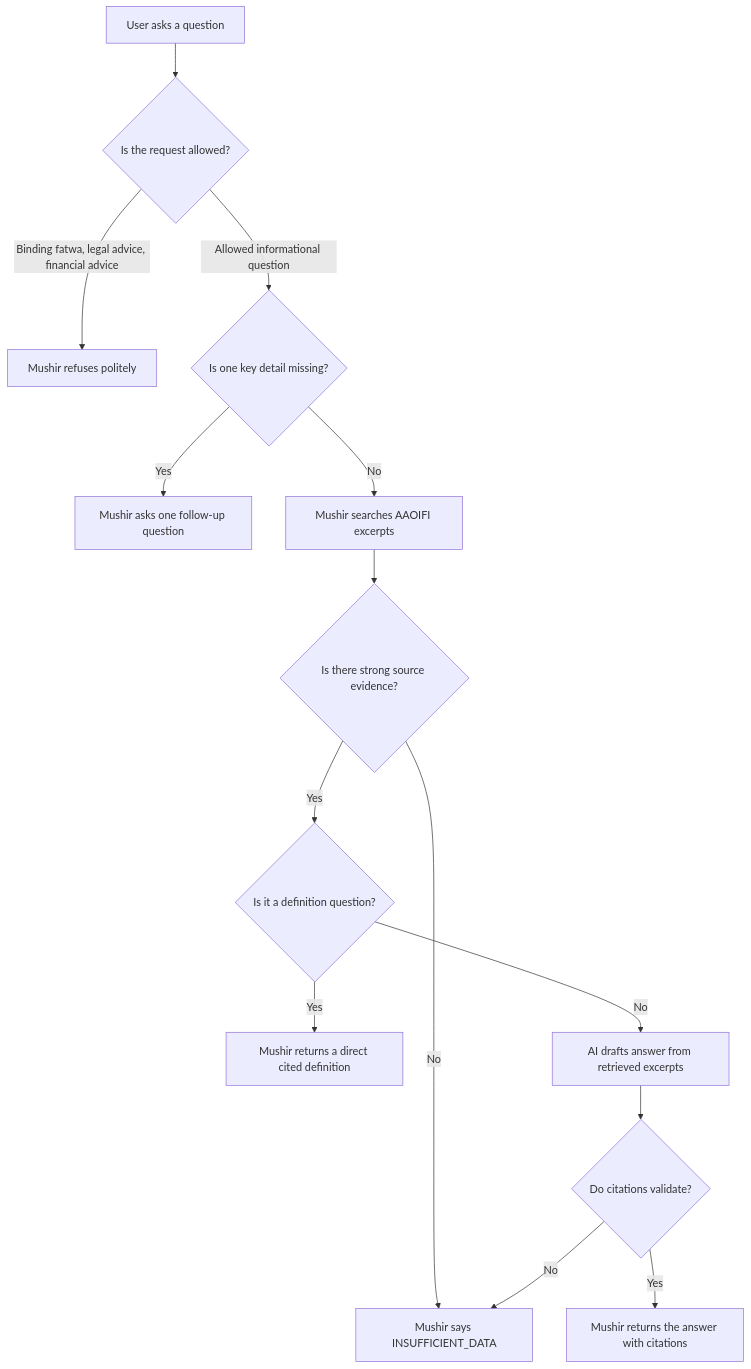
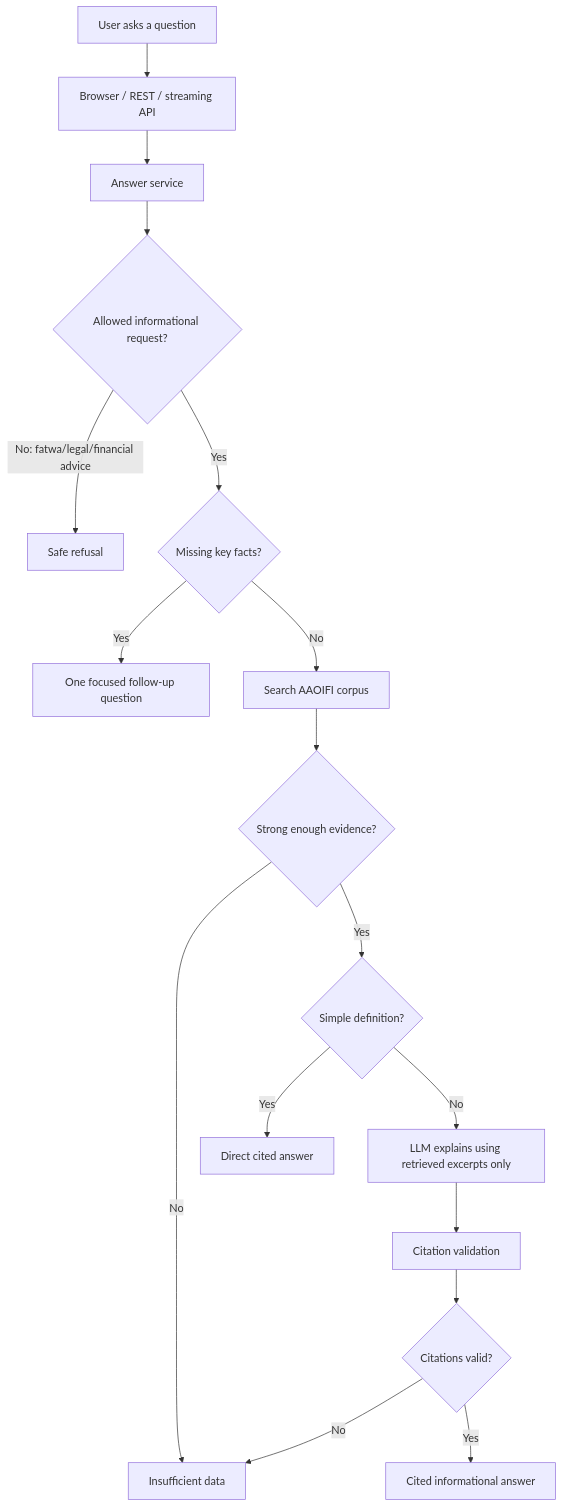
Before and after one commit to AhmedTElKodsh/Mushir-Sharia-Bot: the first of 4 diagrams in docs/client-plain-language-logic.md, drawn with Mermaid. The commit also changed other lines of this file and 26 other files, not shown here.

````diff
--- a/docs/client-plain-language-logic.md
+++ b/docs/client-plain-language-logic.md
@@ -26,16 +64,19 @@
 ```mermaid
 flowchart TD
-    A["User asks a question"] --> B{"Is the request allowed?"}
-    B -- "Binding fatwa, legal advice, financial advice" --> C["Mushir refuses politely"]
-    B -- "Allowed informational question" --> D{"Is one key detail missing?"}
-    D -- "Yes" --> E["Mushir asks one follow-up question"]
-    D -- "No" --> F["Mushir searches AAOIFI excerpts"]
-    F --> G{"Is there strong source evidence?"}
-    G -- "No" --> H["Mushir says INSUFFICIENT_DATA"]
-    G -- "Yes" --> I{"Is it a definition question?"}
-    I -- "Yes" --> J["Mushir returns a direct cited definition"]
-    I -- "No" --> K["AI drafts answer from retrieved excerpts"]
-    K --> L{"Do citations validate?"}
-    L -- "Yes" --> M["Mushir returns the answer with citations"]
-    L -- "No" --> H
+    User["User asks a question"] --> API["Browser / REST / streaming API"]
+    API --> Service["Answer service"]
+    Service --> Scope{"Allowed informational request?"}
+    Scope -- "No: fatwa/legal/financial advice" --> Refusal["Safe refusal"]
+    Scope -- "Yes" --> Clarify{"Missing key facts?"}
+    Clarify -- "Yes" --> Question["One focused follow-up question"]
+    Clarify -- "No" --> Retrieve["Search AAOIFI corpus"]
+    Retrieve --> Evidence{"Strong enough evidence?"}
+    Evidence -- "No" --> Insufficient["Insufficient data"]
+    Evidence -- "Yes" --> Definition{"Simple definition?"}
+    Definition -- "Yes" --> Direct["Direct cited answer"]
+    Definition -- "No" --> LLM["LLM explains using retrieved excerpts only"]
+    LLM --> Validate["Citation validation"]
+    Validate --> Result{"Citations valid?"}
+    Result -- "No" --> Insufficient
+    Result -- "Yes" --> Answer["Cited informational answer"]
 ```
````
